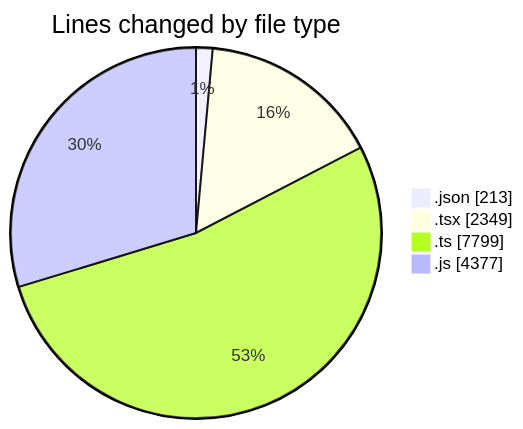
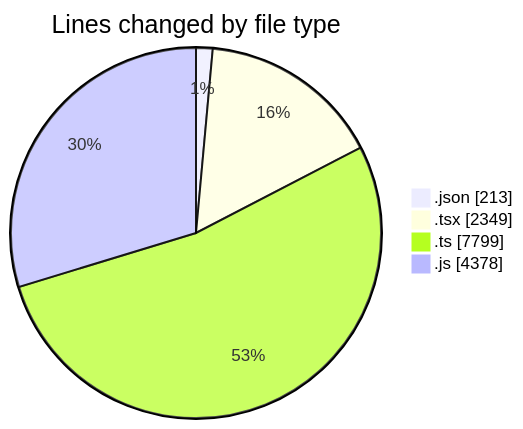
Before and after one commit to momahboobian/code-tracking: the first of 2 diagrams in 2025-07-28/cda/README.md, drawn with Mermaid. The commit also changed other lines of this file and 1 other file, not shown here.

````diff
--- a/2025-07-28/cda/README.md
+++ b/2025-07-28/cda/README.md
@@ -32,8 +32,8 @@
 ```mermaid
 pie showData
 title Lines changed by file type
 ".json" : 213
 ".tsx" : 2349
 ".ts" : 7799
-".js" : 4377
+".js" : 4378
 ```
````
